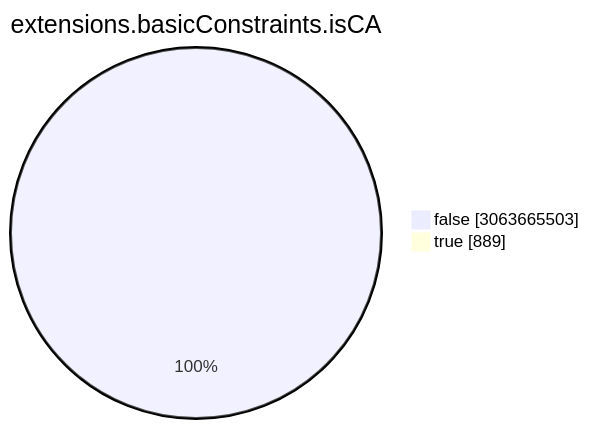
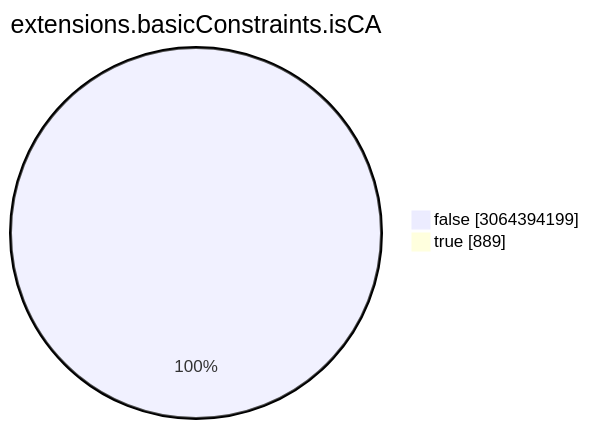
Before and after one commit to christiankrug/ctmonitor_visualization: the seventh of 15 diagrams in TOTAL/README.md, drawn with Mermaid. The commit also changed other lines of this file, not shown here.

````diff
--- a/TOTAL/README.md
+++ b/TOTAL/README.md
@@ -3088,6 +3088,6 @@
 ```mermaid
 pie showData
 title extensions.basicConstraints.isCA
-"false" :3063665503
+"false" :3064394199
 "true" :889
 ```
````
